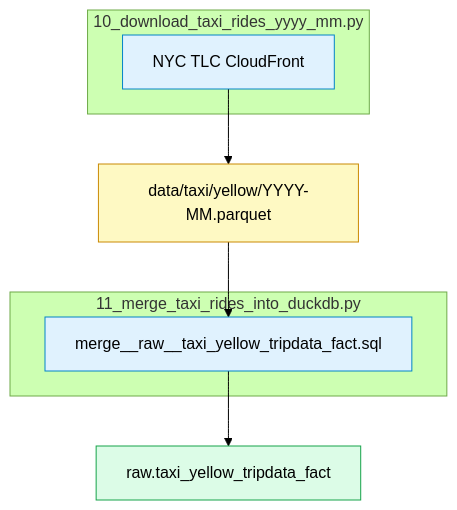
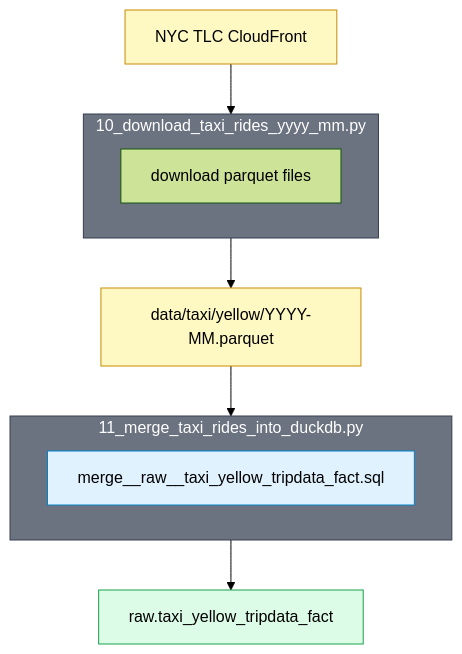
One commit to betsyhcamp/nyc_taxi changed the second of 5 diagrams in local/README.md. Above: the diagram before and after it, drawn with Mermaid (forest theme). The commit also changed other lines of this file and 1 other file, not shown here.

Commit message:
add explicit instructions for creating dataflow diagrams; update diagrams

````diff
--- a/local/README.md
+++ b/local/README.md
@@ -231,20 +252,25 @@
 ```mermaid
 flowchart TD
-    classDef script fill:#e0f2fe,stroke:#0284c7,color:#000
+    classDef sql fill:#e0f2fe,stroke:#0284c7,color:#000
     classDef file fill:#fef9c3,stroke:#ca8a04,color:#000
     classDef table fill:#dcfce7,stroke:#16a34a,color:#000
 
-    subgraph download [10_download_taxi_rides_yyyy_mm.py]
-        script_10[NYC TLC CloudFront]:::script
+    tlc_api[NYC TLC CloudFront]:::file
+
+    subgraph script_10 [10_download_taxi_rides_yyyy_mm.py]
+        download_10[download parquet files]
     end
 
     parquet[data/taxi/yellow/YYYY-MM.parquet]:::file
 
-    subgraph merge [11_merge_taxi_rides_into_duckdb.py]
-        script_11[merge__raw__taxi_yellow_tripdata_fact.sql]:::script
+    subgraph script_11 [11_merge_taxi_rides_into_duckdb.py]
+        merge_11[merge__raw__taxi_yellow_tripdata_fact.sql]:::sql
     end
 
     raw_taxi[raw.taxi_yellow_tripdata_fact]:::table
 
-    script_10 --> parquet --> script_11 --> raw_taxi
+    tlc_api --> script_10 --> parquet --> script_11 --> raw_taxi
+
+    style script_10 fill:#6b7280,stroke:#374151,color:#fff
+    style script_11 fill:#6b7280,stroke:#374151,color:#fff
 ```
````
